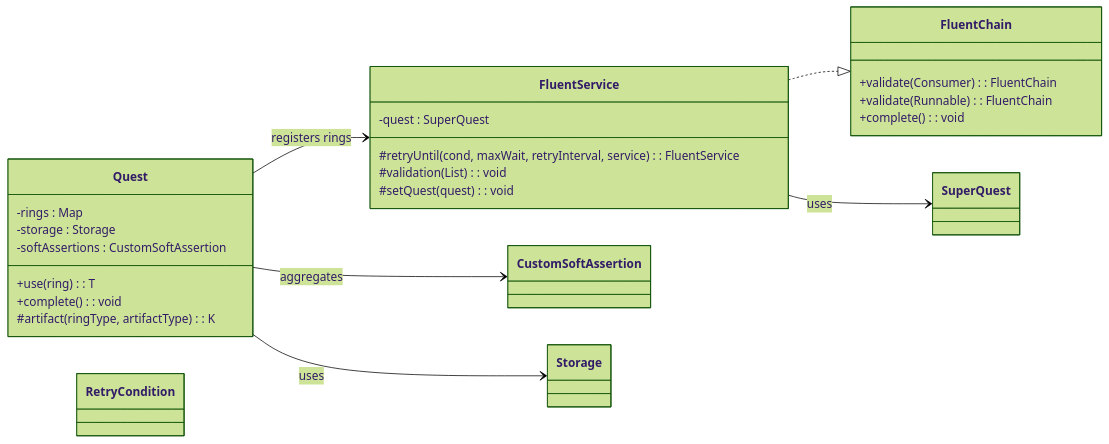
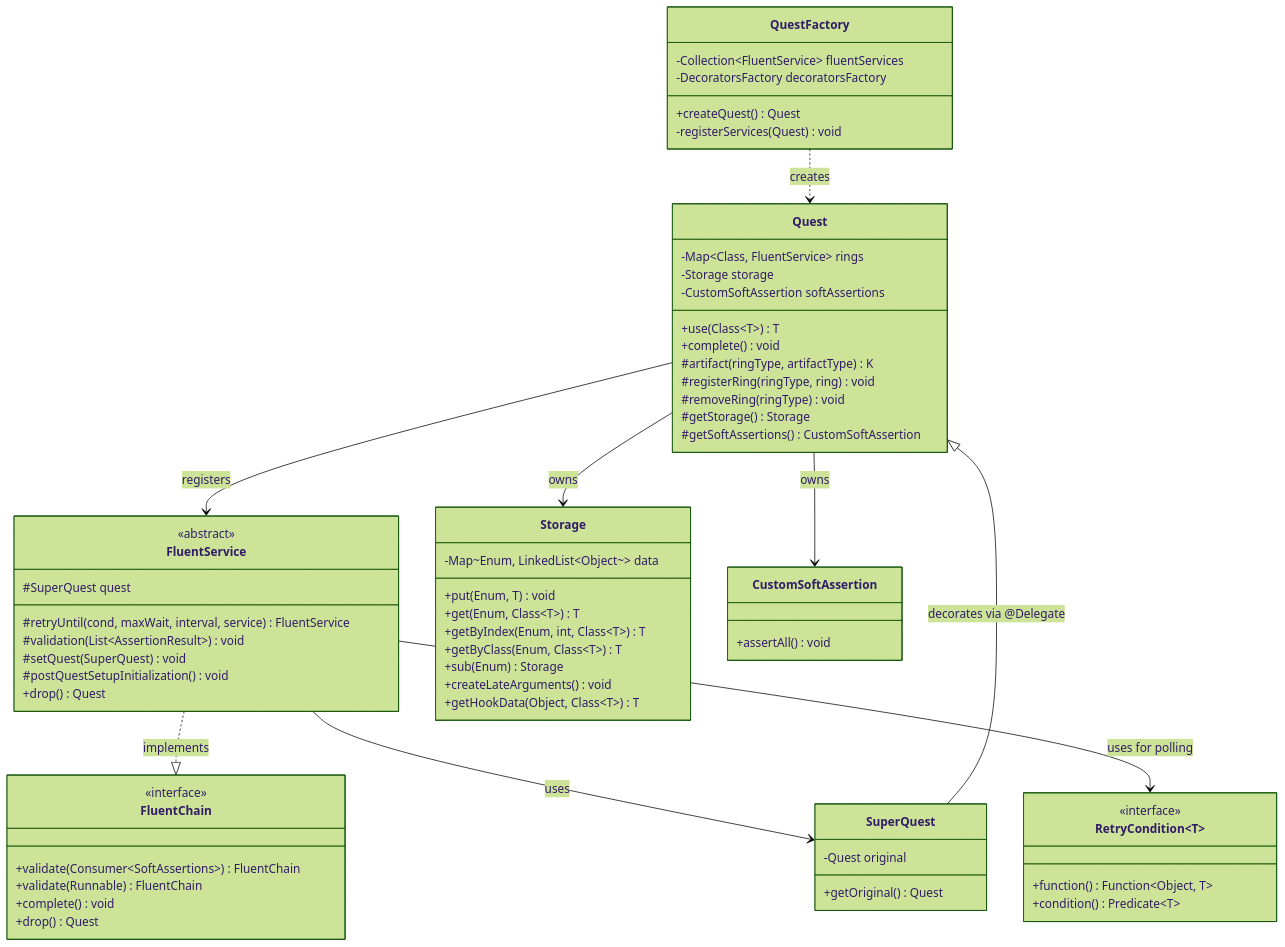
One commit to CyborgCodeSyndicate/roa-libraries changed the first of 3 diagrams in test-framework/README.md. Above: the diagram before and after it, drawn with Mermaid (forest theme). The commit also changed other lines of this file, not shown here.

````diff
--- a/test-framework/README.md
+++ b/test-framework/README.md
@@ -164,37 +85,79 @@
 ```mermaid
 classDiagram
-  direction LR
+    direction TB
 
-  class Quest {
-    -rings : Map<Class, FluentService>
-    -storage : Storage
-    -softAssertions : CustomSoftAssertion
-    +use(ring) : T
-    +complete() : void
-    #artifact(ringType, artifactType) : K
-  }
+    class Quest {
+        -Map~Class, FluentService~ rings
+        -Storage storage
+        -CustomSoftAssertion softAssertions
+        +use(Class~T~) T
+        +complete() void
+        #artifact(ringType, artifactType) K
+        #registerRing(ringType, ring) void
+        #removeRing(ringType) void
+        #getStorage() Storage
+        #getSoftAssertions() CustomSoftAssertion
+    }
 
-  class FluentChain {
-    +validate(Consumer<SoftAssertions>) : FluentChain
-    +validate(Runnable) : FluentChain
-    +complete() : void
-  }
+    class SuperQuest {
+        -Quest original
+        +getOriginal() Quest
+    }
+    
+    SuperQuest --|> Quest : decorates via @Delegate
 
-  class FluentService {
-    -quest : SuperQuest
-    #retryUntil(cond, maxWait, retryInterval, service) : FluentService
-    #validation(List<AssertionResult>) : void
-    #setQuest(quest) : void
-  }
+    class FluentChain {
+        <<interface>>
+        +validate(Consumer~SoftAssertions~) FluentChain
+        +validate(Runnable) FluentChain
+        +complete() void
+        +drop() Quest
+    }
 
-  class SuperQuest
-  class CustomSoftAssertion
-  class Storage
-  class RetryCondition
+    class FluentService {
+        <<abstract>>
+        #SuperQuest quest
+        #retryUntil(cond, maxWait, interval, service) FluentService
+        #validation(List~AssertionResult~) void
+        #setQuest(SuperQuest) void
+        #postQuestSetupInitialization() void
+        +drop() Quest
+    }
 
-  Quest --> FluentService : registers rings
-  FluentService ..|> FluentChain
-  FluentService --> SuperQuest : uses
-  Quest --> Storage : uses
-  Quest --> CustomSoftAssertion : aggregates
+    FluentService ..|> FluentChain : implements
+    FluentService --> SuperQuest : uses
+
+    class Storage {
+        -Map~Enum, LinkedList~Object~~ data
+        +put(Enum, T) void
+        +get(Enum, Class~T~) T
+        +getByIndex(Enum, int, Class~T~) T
+        +getByClass(Enum, Class~T~) T
+        +sub(Enum) Storage
+        +createLateArguments() void
+        +getHookData(Object, Class~T~) T
+    }
+
+    class CustomSoftAssertion {
+        +assertAll() void
+    }
+
+    class RetryCondition~T~ {
+        <<interface>>
+        +function() Function~Object, T~
+        +condition() Predicate~T~
+    }
+
+    class QuestFactory {
+        -Collection~FluentService~ fluentServices
+        -DecoratorsFactory decoratorsFactory
+        +createQuest() Quest
+        -registerServices(Quest) void
+    }
+
+    Quest --> Storage : owns
+    Quest --> CustomSoftAssertion : owns
+    Quest --> FluentService : registers
+    QuestFactory ..> Quest : creates
+    FluentService --> RetryCondition : uses for polling
 ```
````
